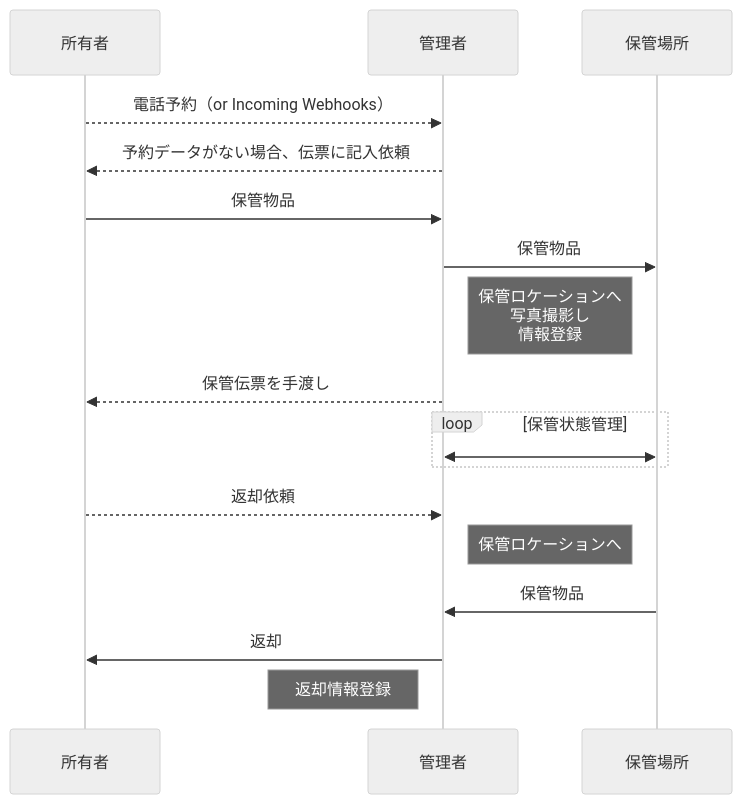
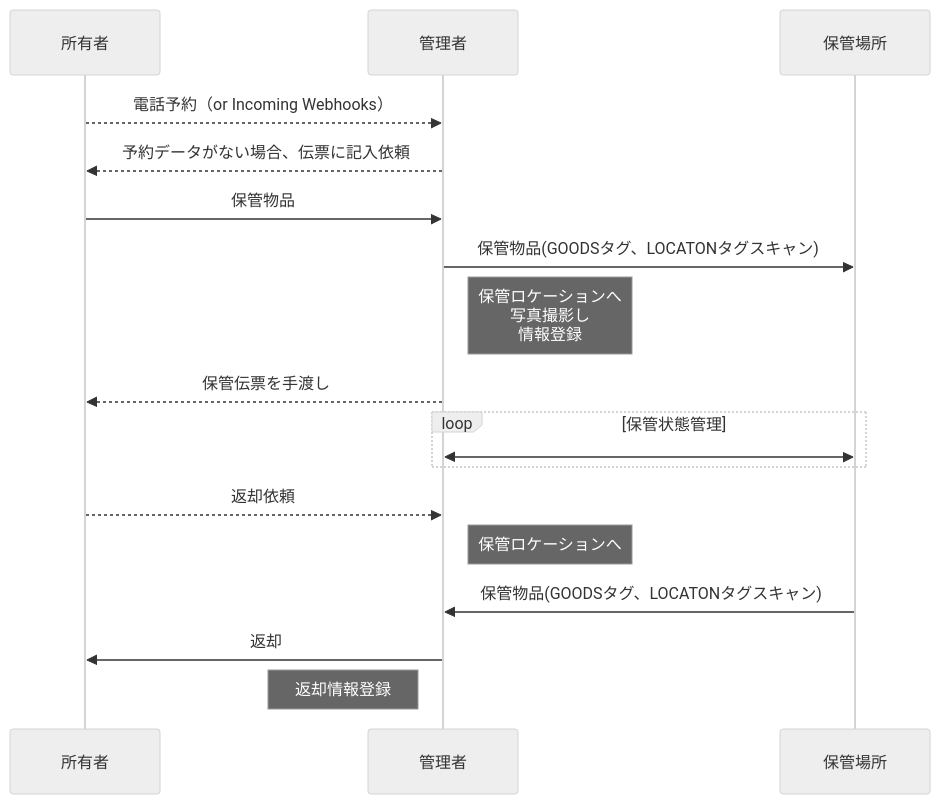
The first of 2 diagrams in README.md (piot-jp-Team/goods_storage), drawn with Mermaid (neutral theme) before and after one commit.

````diff
--- a/README.md
+++ b/README.md
@@ -11,19 +11,19 @@
 ```mermaid
 sequenceDiagram
     participant 所有者
     participant 管理者
     所有者-->>管理者: 電話予約（or Incoming Webhooks）
     管理者-->>所有者: 予約データがない場合、伝票に記入依頼
     所有者->>管理者: 保管物品
-    管理者->>保管場所: 保管物品
+    管理者->>保管場所: 保管物品(GOODSタグ、LOCATONタグスキャン)
     Note right of 管理者: 保管ロケーションへ <br/>写真撮影し <br/>情報登録
     管理者-->>所有者: 保管伝票を手渡し
     loop 保管状態管理
         管理者<<->>保管場所: 
     end
     所有者-->>管理者: 返却依頼
     Note right of 管理者: 保管ロケーションへ
-    保管場所->>管理者: 保管物品
+    保管場所->>管理者: 保管物品(GOODSタグ、LOCATONタグスキャン)
     管理者->>所有者: 返却
     Note left of 管理者: 返却情報登録
 ```
````
